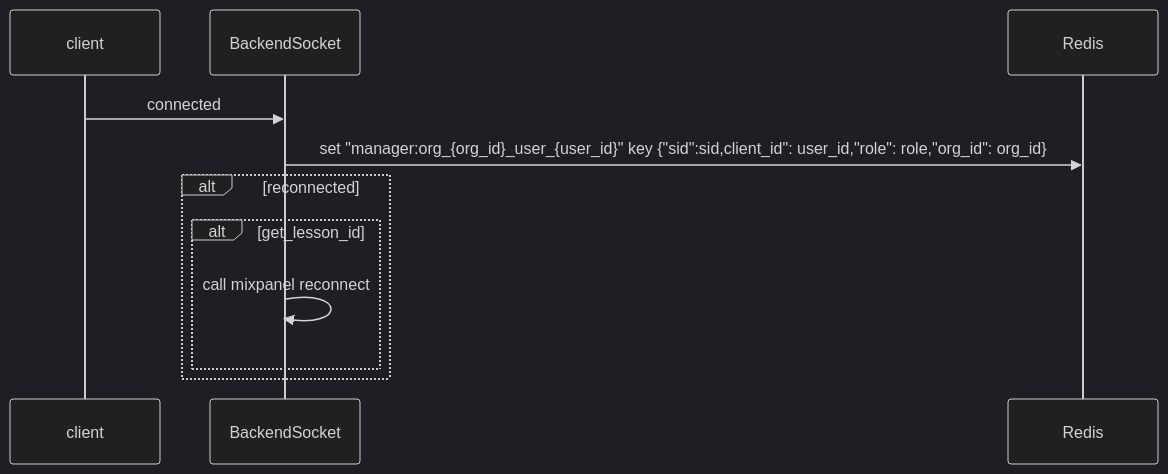
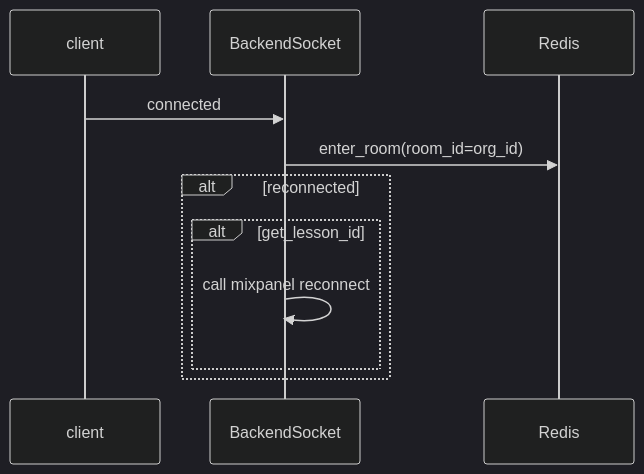
Before and after one commit to claire0613/ocelot_docs: the third of 8 diagrams in socket_event.md, drawn with Mermaid (dark theme). The commit also changed other lines of this file, not shown here.

````diff
--- a/socket_event.md
+++ b/socket_event.md
@@ -61,16 +61,16 @@
 ```mermaid
 sequenceDiagram
 
     participant A as client
     participant B as BackendSocket
     participant R as Redis
     A->>B: connected
-    B->>R: set "manager:org_{org_id}_user_{user_id}" key {"sid":sid,client_id": user_id,"role": role,"org_id": org_id}
+    B->>R: enter_room(room_id=org_id)
     alt reconnected
         alt get_lesson_id
             B->>B:call mixpanel reconnect
         end
 
     end
 
 ```
````
